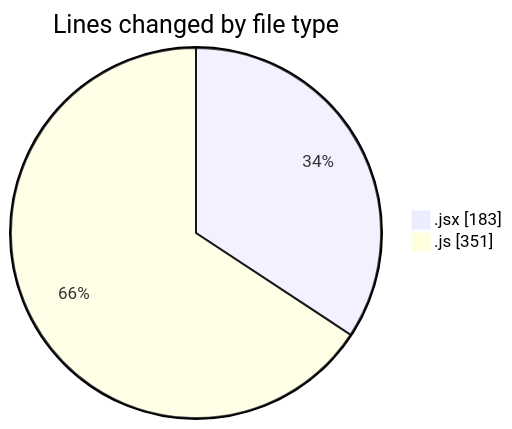
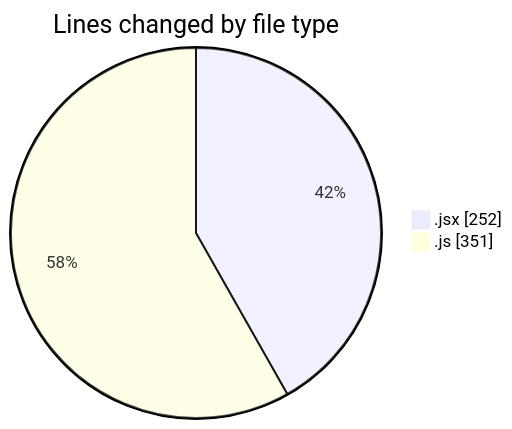
The first of 2 diagrams in 2026-02-12/cda/README.md (momahboobian/code-tracking), drawn with Mermaid before and after one commit. The commit also changed other lines of this file and 1 other file, not shown here.

````diff
--- a/2026-02-12/cda/README.md
+++ b/2026-02-12/cda/README.md
@@ -22,6 +23,6 @@
 ```mermaid
 pie showData
 title Lines changed by file type
-".jsx" : 183
+".jsx" : 252
 ".js" : 351
 ```
````
